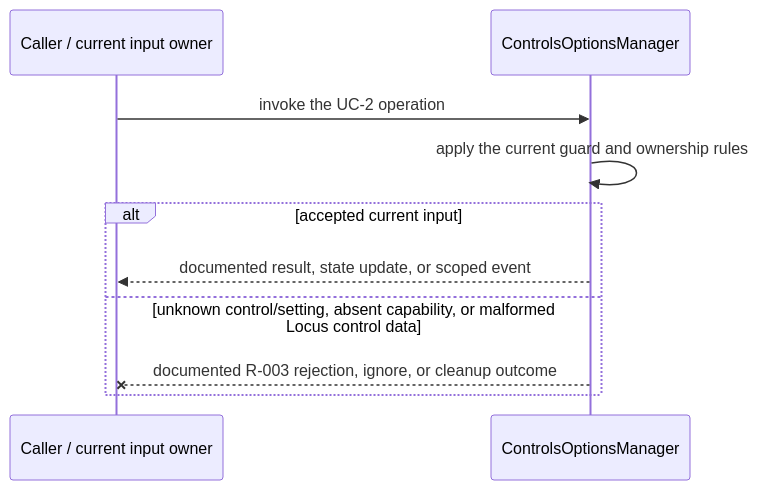
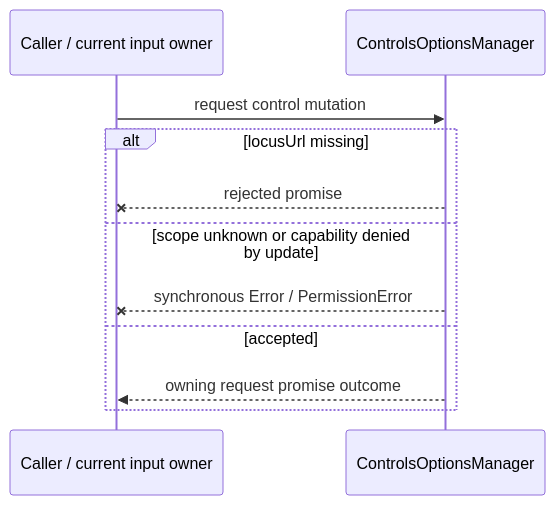
Before and after one commit to webex/webex-js-sdk: the third of 4 diagrams in packages/@webex/plugin-meetings/src/controls-options-manager/ai-docs/controls-options-manager-spec.md, drawn with Mermaid. The commit also changed other lines of this file and 24 other files, not shown here.

````diff
--- a/packages/@webex/plugin-meetings/src/controls-options-manager/ai-docs/controls-options-manager-spec.md
+++ b/packages/@webex/plugin-meetings/src/controls-options-manager/ai-docs/controls-options-manager-spec.md
@@ -137,12 +169,13 @@
 ```mermaid
 sequenceDiagram
   participant C as Caller / current input owner
   participant M as ControlsOptionsManager
-  C->>M: invoke the UC-2 operation
-  M->>M: apply the current guard and ownership rules
-  alt accepted current input
-    M-->>C: documented result, state update, or scoped event
-  else unknown control/setting, absent capability, or malformed Locus control data
-    M--xC: documented R-003 rejection, ignore, or cleanup outcome
+  C->>M: request control mutation
+  alt locusUrl missing
+    M--xC: rejected promise
+  else scope unknown or capability denied by update
+    M--xC: synchronous Error / PermissionError
+  else accepted
+    M-->>C: owning request promise outcome
   end
 ```
````
